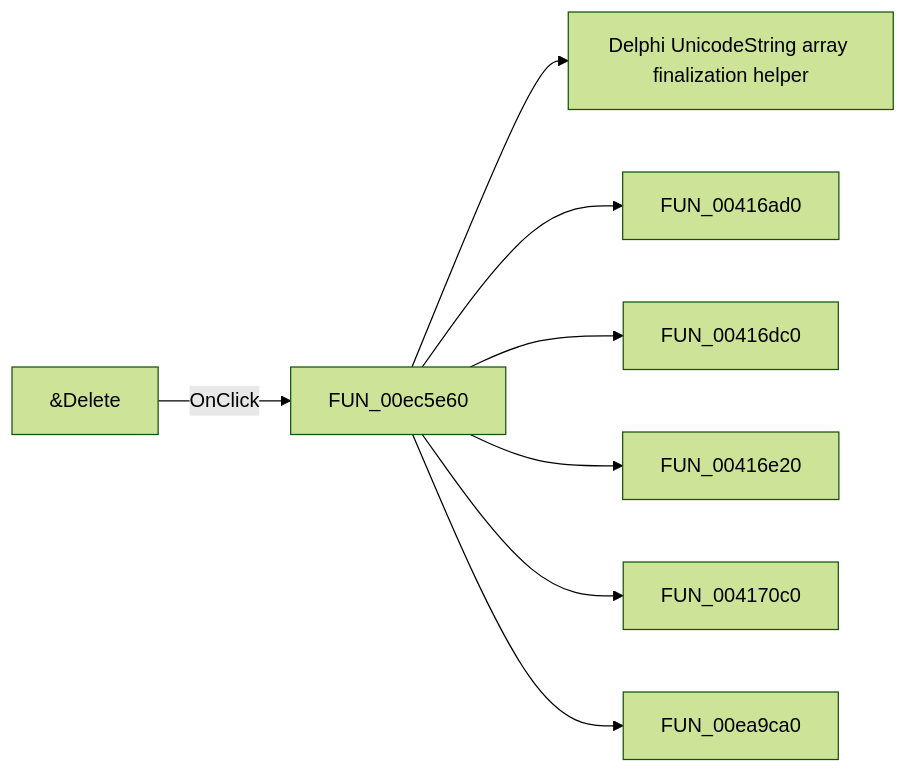
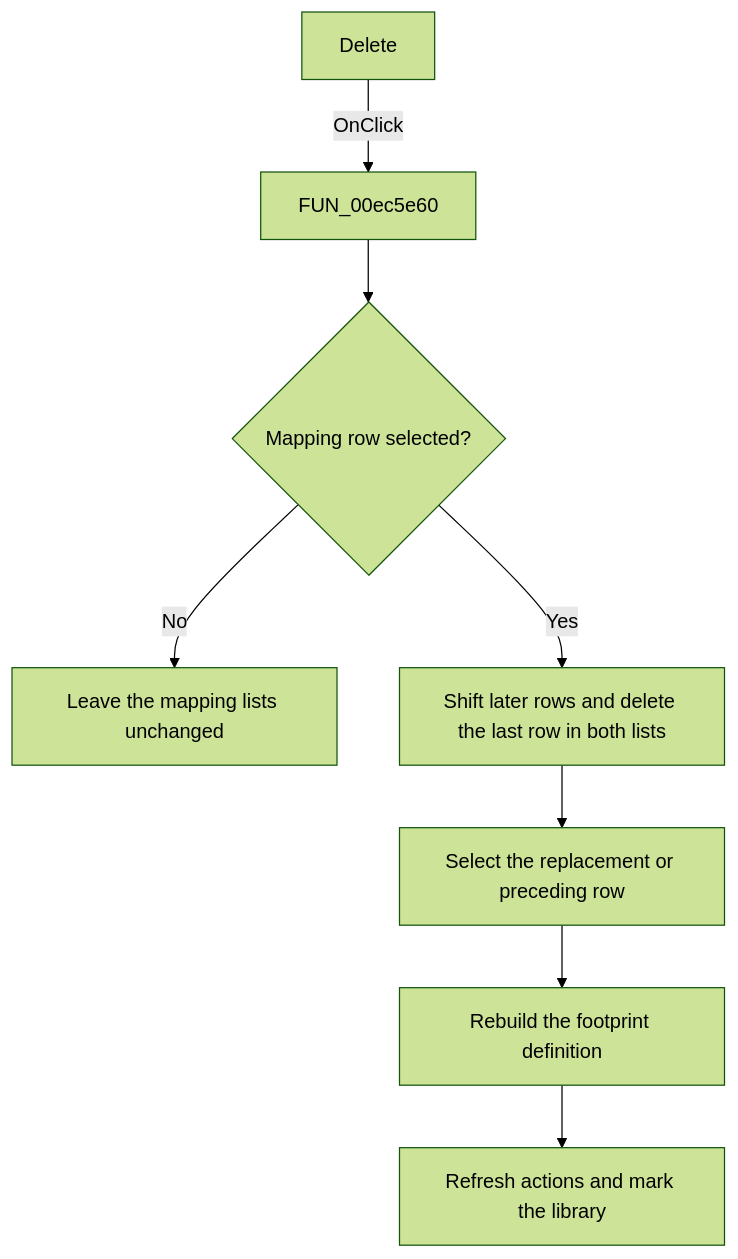
One commit to MovGP0/TIARA changed the diagram in docs/ui-controls/pcbform4/btnremove-90e1329454.md. Above: the diagram before and after it, drawn with Mermaid (forest theme). The commit also changed other lines of this file and 1062 other files, not shown here.

````diff
--- a/docs/ui-controls/pcbform4/btnremove-90e1329454.md
+++ b/docs/ui-controls/pcbform4/btnremove-90e1329454.md
@@ -27,10 +29,10 @@
 ```mermaid
-flowchart LR
-    control["&Delete"] -->|OnClick| handler["FUN_00ec5e60"]
-    handler --> call1["Delphi UnicodeString array finalization helper"]
-    handler --> call2["FUN_00416ad0"]
-    handler --> call3["FUN_00416dc0"]
-    handler --> call4["FUN_00416e20"]
-    handler --> call5["FUN_004170c0"]
-    handler --> call6["FUN_00ea9ca0"]
+flowchart TD
+    control["Delete"] -->|OnClick| handler["FUN_00ec5e60"]
+    handler --> selected{"Mapping row selected?"}
+    selected -->|No| noChange["Leave the mapping lists unchanged"]
+    selected -->|Yes| remove["Shift later rows and delete the last row in both lists"]
+    remove --> select["Select the replacement or preceding row"]
+    select --> rebuild["Rebuild the footprint definition"]
+    rebuild --> refresh["Refresh actions and mark the library"]
 ```
````
